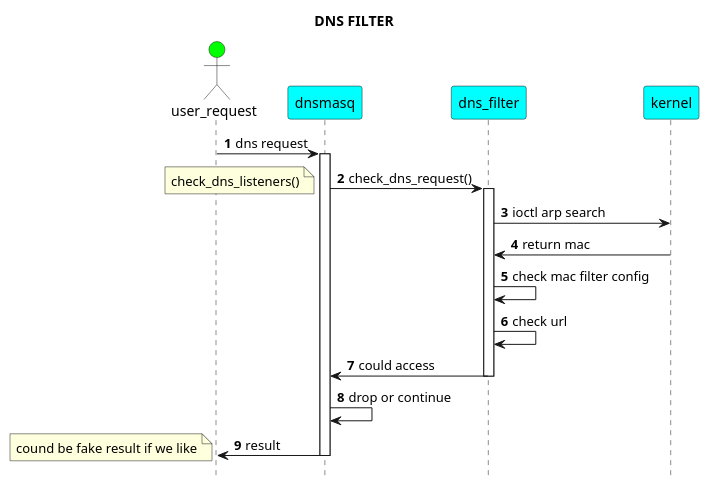
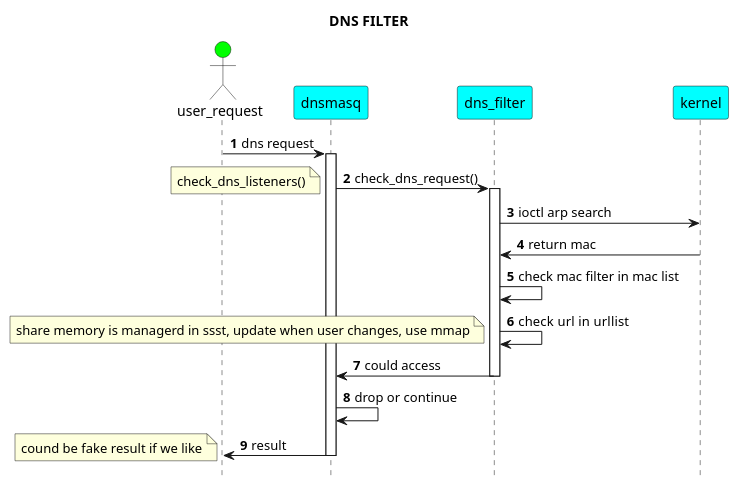
The first of 2 diagrams in dns_control.md (phoenixshen/docs), drawn with PlantUML before and after one commit. The commit also changed other lines of this file and 1 other file, not shown here.

````diff
--- a/dns_control.md
+++ b/dns_control.md
@@ -4,35 +8,36 @@
 ```puml
 @startuml
 hide footbox
 title DNS FILTER
 actor user_request #Lime
 participant dnsmasq #Cyan
 participant dns_filter #Cyan
 participant kernel #Cyan
 
 autonumber
 user_request-> dnsmasq: dns request
 activate dnsmasq
 
 dnsmasq -> dns_filter : check_dns_request()
 note left:check_dns_listeners()
 activate dns_filter
 
 dns_filter->kernel :  ioctl arp search
 
 kernel-> dns_filter : return mac
 
-dns_filter->dns_filter : check mac filter config
-dns_filter->dns_filter : check url
+dns_filter->dns_filter : check mac filter in mac list
+dns_filter->dns_filter : check url  in urllist
+note left: share memory is managerd in ssst, update when user changes, use mmap
 
 dns_filter-> dnsmasq: could access
 deactivate dns_filter
 
 dnsmasq-> dnsmasq:drop or continue
 
 dnsmasq->user_request: result
 deactivate dnsmasq
 note left:cound be fake result if we like
 
 @enduml
 ```
````
